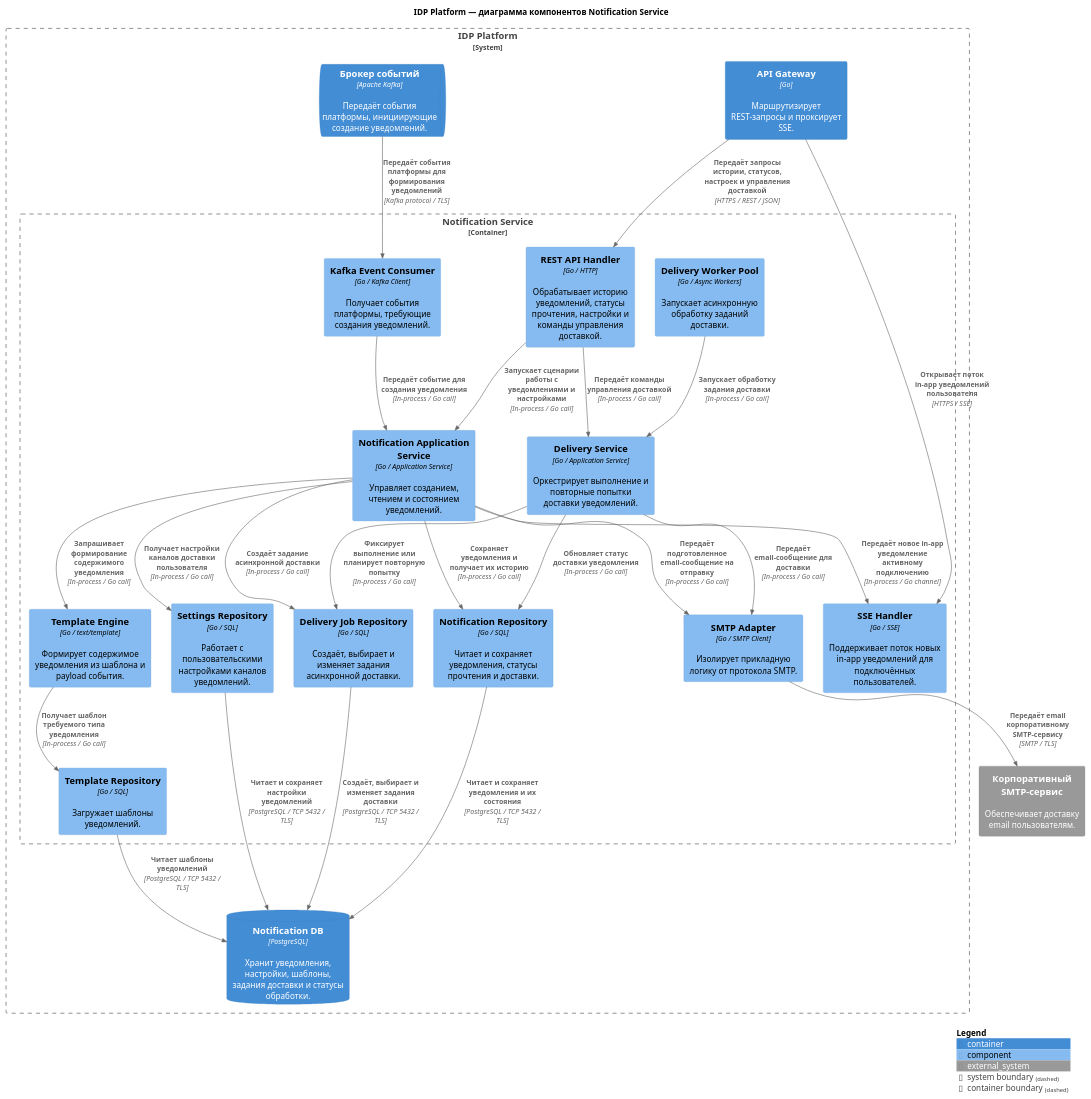
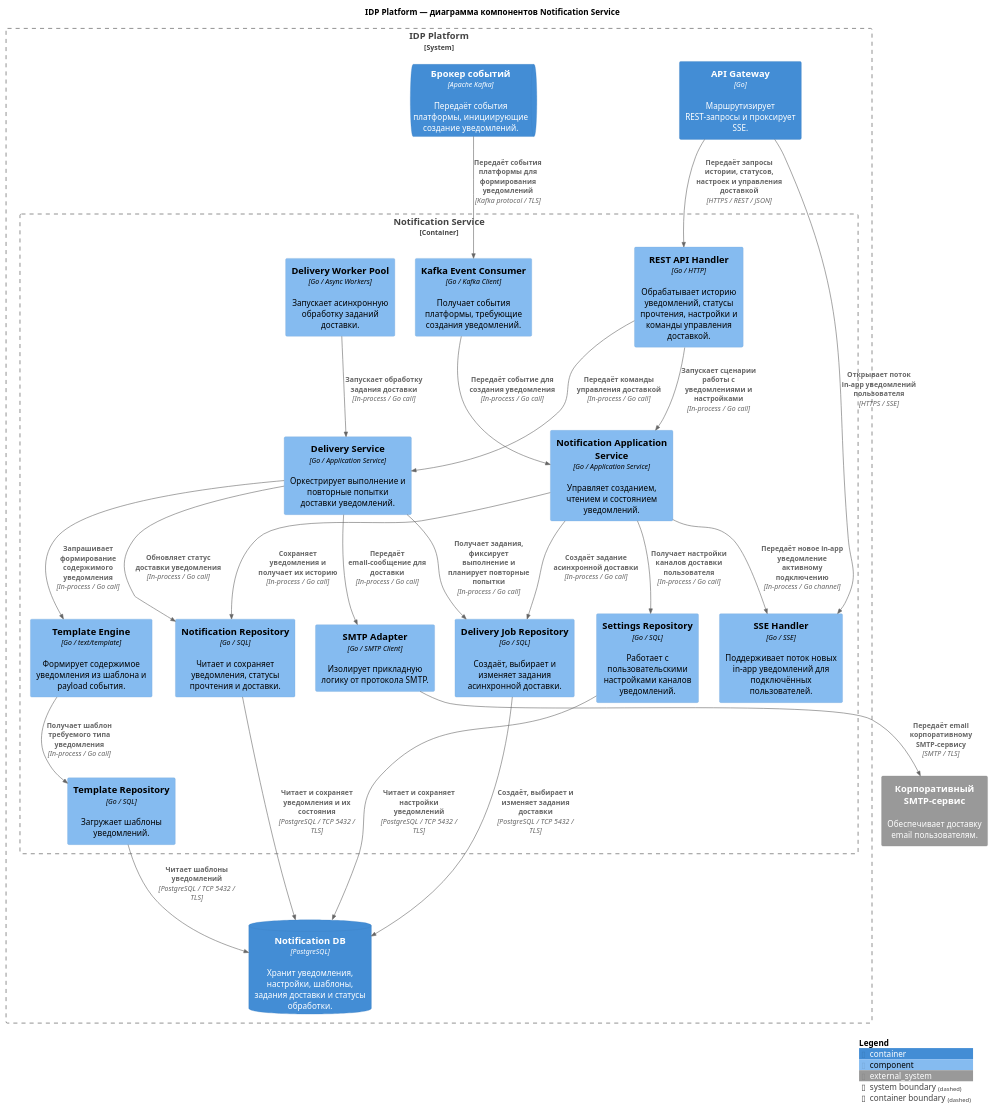
The diagram in componentsL3/notificationService_L3.puml (plafon05/IDPPlatformC4Model), drawn with PlantUML before and after one commit.

Commit message:
Обновлена L3 диаграмма Notification Service

```diff
--- a/componentsL3/notificationService_L3.puml
+++ b/componentsL3/notificationService_L3.puml
@@ -1,98 +2,96 @@
 @startuml IDP_Platform_Notification_Service_L3
 
 '!ENABLE_ALL_PLANT_ELEMENTS = 1
 !include <C4/C4_Component>
 
 title IDP Platform — диаграмма компонентов Notification Service
 
 LAYOUT_TOP_DOWN()
 
 System_Boundary(idpPlatform, "IDP Platform") {
 
     Container(gateway, "API Gateway", "Go", "Маршрутизирует REST-запросы и проксирует SSE.")
 
     ContainerQueue(eventStreams, "Брокер событий", "Apache Kafka", "Передаёт события платформы, инициирующие создание уведомлений.")
 
     ContainerDb(notificationDb, "Notification DB", "PostgreSQL", "Хранит уведомления, настройки, шаблоны, задания доставки и статусы обработки.")
 
     Container_Boundary(notificationService, "Notification Service") {
 
         Component(restHandler, "REST API Handler", "Go / HTTP", "Обрабатывает историю уведомлений, статусы прочтения, настройки и команды управления доставкой.")
 
         Component(eventConsumer, "Kafka Event Consumer", "Go / Kafka Client", "Получает события платформы, требующие создания уведомлений.")
 
         Component(sseHandler, "SSE Handler", "Go / SSE", "Поддерживает поток новых in-app уведомлений для подключённых пользователей.")
 
         Component(workerPool, "Delivery Worker Pool", "Go / Async Workers", "Запускает асинхронную обработку заданий доставки.")
 
 
         Component(notificationServiceApp, "Notification Application Service", "Go / Application Service", "Управляет созданием, чтением и состоянием уведомлений.")
 
         Component(deliveryService, "Delivery Service", "Go / Application Service", "Оркестрирует выполнение и повторные попытки доставки уведомлений.")
 
         Component(templateEngine, "Template Engine", "Go / text/template", "Формирует содержимое уведомления из шаблона и payload события.")
 
 
         Component(notificationRepo, "Notification Repository", "Go / SQL", "Читает и сохраняет уведомления, статусы прочтения и доставки.")
 
         Component(settingsRepo, "Settings Repository", "Go / SQL", "Работает с пользовательскими настройками каналов уведомлений.")
 
         Component(templateRepo, "Template Repository", "Go / SQL", "Загружает шаблоны уведомлений.")
 
         Component(jobRepo, "Delivery Job Repository", "Go / SQL", "Создаёт, выбирает и изменяет задания асинхронной доставки.")
 
 
         Component(smtpAdapter, "SMTP Adapter", "Go / SMTP Client", "Изолирует прикладную логику от протокола SMTP.")
     }
 }
 
 System_Ext(smtp, "Корпоративный SMTP-сервис", "Обеспечивает доставку email пользователям.")
 
 Rel(gateway, restHandler, "Передаёт запросы истории, статусов, настроек и управления доставкой", "HTTPS / REST / JSON")
 
 Rel(gateway, sseHandler, "Открывает поток in-app уведомлений пользователя", "HTTPS / SSE")
 
 Rel(eventStreams, eventConsumer, "Передаёт события платформы для формирования уведомлений", "Kafka protocol / TLS")
 
 Rel(restHandler, notificationServiceApp, "Запускает сценарии работы с уведомлениями и настройками", "In-process / Go call")
 
 Rel(restHandler, deliveryService, "Передаёт команды управления доставкой", "In-process / Go call")
 
 Rel(eventConsumer, notificationServiceApp, "Передаёт событие для создания уведомления", "In-process / Go call")
 
 Rel(workerPool, deliveryService, "Запускает обработку задания доставки", "In-process / Go call")
 
 Rel(notificationServiceApp, notificationRepo, "Сохраняет уведомления и получает их историю", "In-process / Go call")
 
 Rel(notificationServiceApp, settingsRepo, "Получает настройки каналов доставки пользователя", "In-process / Go call")
 
-Rel(notificationServiceApp, templateEngine, "Запрашивает формирование содержимого уведомления", "In-process / Go call")
-
 Rel(notificationServiceApp, jobRepo, "Создаёт задание асинхронной доставки", "In-process / Go call")
 
-Rel(notificationServiceApp, smtpAdapter, "Передаёт подготовленное email-сообщение на отправку", "In-process / Go call")
+Rel(notificationServiceApp, sseHandler, "Передаёт новое in-app уведомление активному подключению", "In-process / Go channel")
 
-Rel(notificationServiceApp, sseHandler, "Передаёт новое in-app уведомление активному подключению", "In-process / Go channel")
+Rel(deliveryService, jobRepo, "Получает задания, фиксирует выполнение и планирует повторные попытки", "In-process / Go call")
+
+Rel(deliveryService, templateEngine, "Запрашивает формирование содержимого уведомления", "In-process / Go call")
 
 Rel(deliveryService, smtpAdapter, "Передаёт email-сообщение для доставки", "In-process / Go call")
 
 Rel(deliveryService, notificationRepo, "Обновляет статус доставки уведомления", "In-process / Go call")
-
-Rel(deliveryService, jobRepo, "Фиксирует выполнение или планирует повторную попытку", "In-process / Go call")
 
 Rel(templateEngine, templateRepo, "Получает шаблон требуемого типа уведомления", "In-process / Go call")
 
 Rel(smtpAdapter, smtp, "Передаёт email корпоративному SMTP-сервису", "SMTP / TLS")
 
 Rel(notificationRepo, notificationDb, "Читает и сохраняет уведомления и их состояния", "PostgreSQL / TCP 5432 / TLS")
 
 Rel(settingsRepo, notificationDb, "Читает и сохраняет настройки уведомлений", "PostgreSQL / TCP 5432 / TLS")
 
 Rel(templateRepo, notificationDb, "Читает шаблоны уведомлений", "PostgreSQL / TCP 5432 / TLS")
 
 Rel(jobRepo, notificationDb, "Создаёт, выбирает и изменяет задания доставки", "PostgreSQL / TCP 5432 / TLS")
 
 
 SHOW_LEGEND()
 
 @enduml
```
